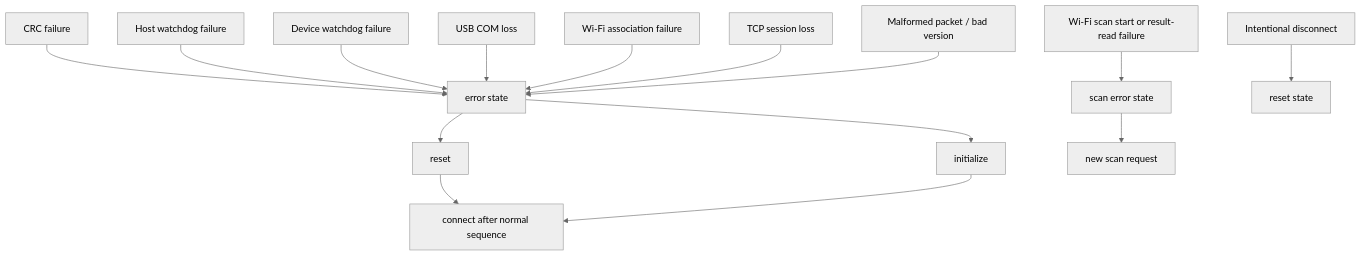
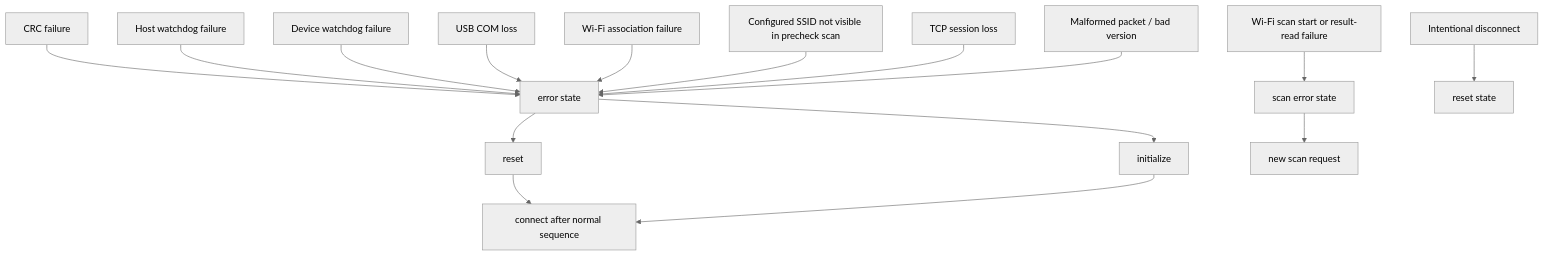
The diagram in docs/architecture/failure_modes.mmd (eyalglotman-collab/Gaggia_Client-ESP32-S3-Touch-LCD-4.3B-BOX), drawn with Mermaid (neutral theme) before and after one commit. The commit also changed 10 other files, not shown here.

```diff
--- a/docs/architecture/failure_modes.mmd
+++ b/docs/architecture/failure_modes.mmd
@@ -1,16 +1,17 @@
 flowchart TD
     CRC["CRC failure"] --> ERR["error state"]
     HOST["Host watchdog failure"] --> ERR
     DEV["Device watchdog failure"] --> ERR
     USB["USB COM loss"] --> ERR
     WIFI["Wi-Fi association failure"] --> ERR
+    SSID["Configured SSID not visible in precheck scan"] --> ERR
     TCP["TCP session loss"] --> ERR
     SCAN["Wi-Fi scan start or result-read failure"] --> SERR["scan error state"]
     MAL["Malformed packet / bad version"] --> ERR
     DISC["Intentional disconnect"] --> RESET["reset state"]
 
     ERR --> HARD["reset"]
     ERR --> SOFT["initialize"]
     SERR --> RETRY["new scan request"]
     HARD --> CONN["connect after normal sequence"]
     SOFT --> CONN
```
